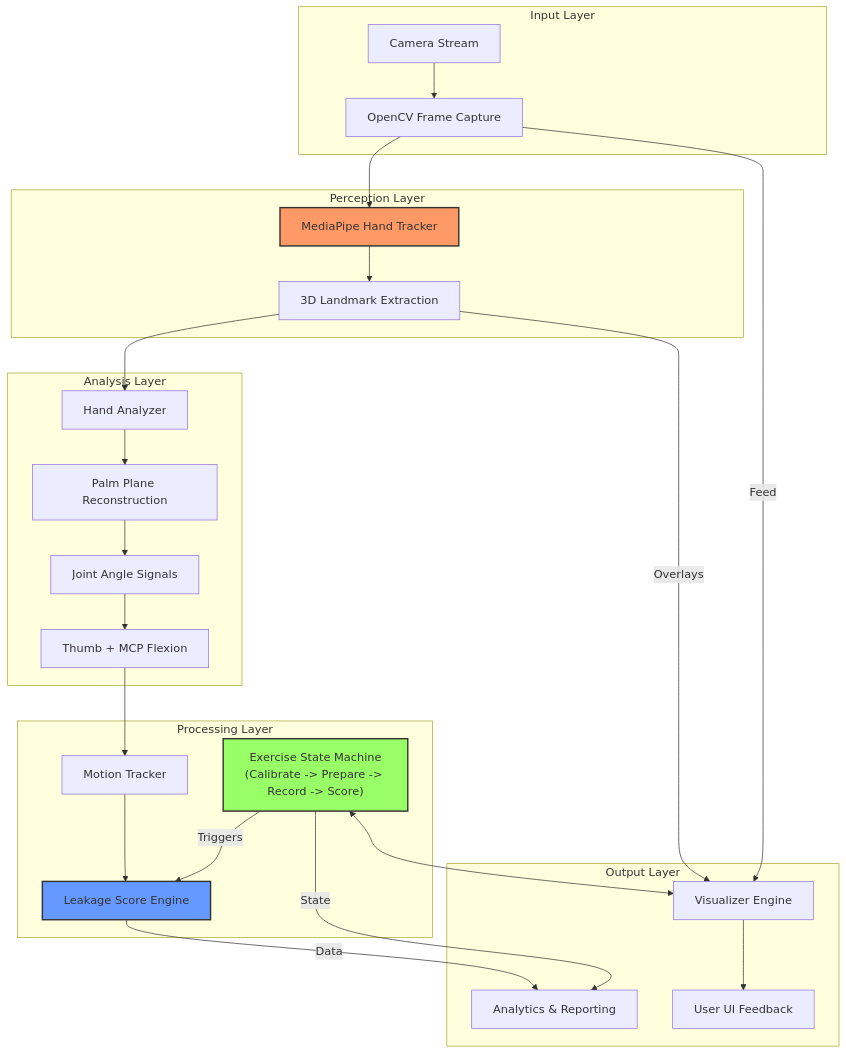
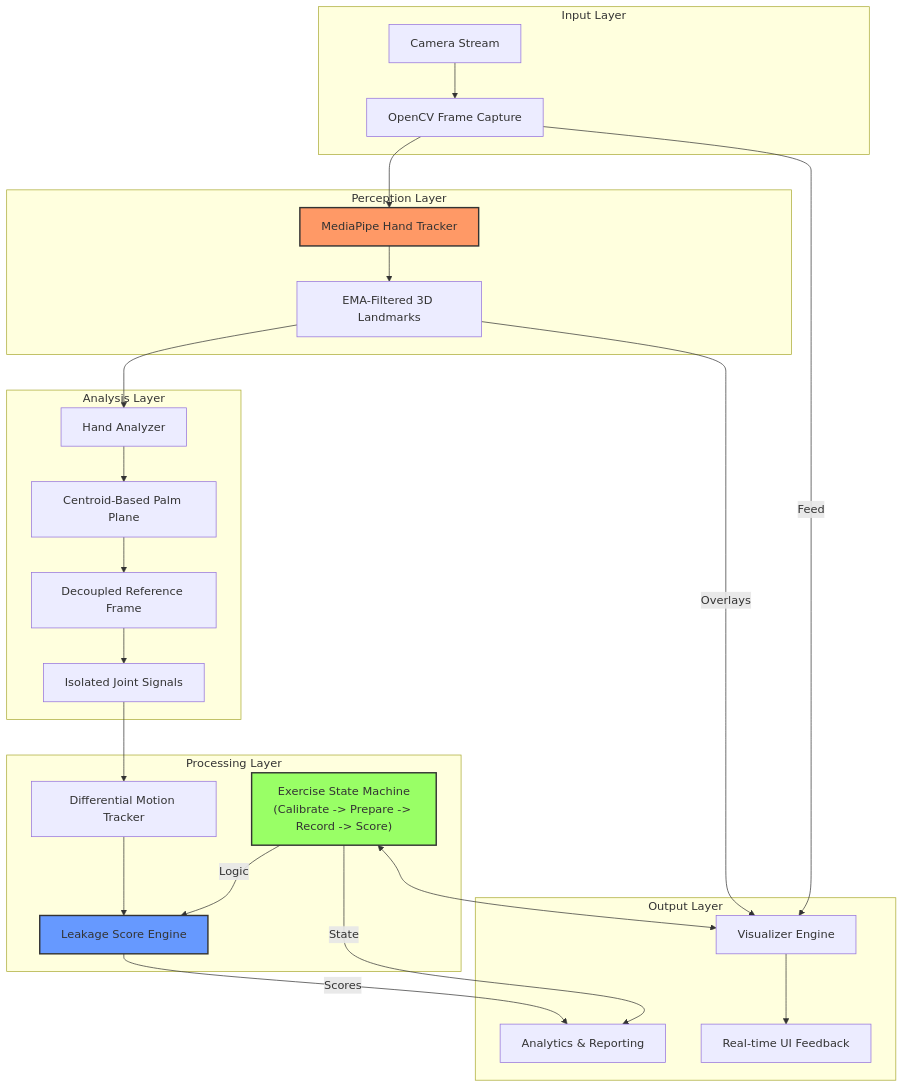
The diagram in README.md (sadhumitha-s/finger-independence), drawn with Mermaid before and after one commit. The commit also changed other lines of this file, not shown here.

Commit message:
update readme to reflect the centroid logic and color coded highlights addition

````diff
--- a/README.md
+++ b/README.md
@@ -120,37 +121,37 @@
 ```mermaid
 graph TD
     subgraph "Input Layer"
         A[Camera Stream] --> B[OpenCV Frame Capture]
     end
 
     subgraph "Perception Layer"
         B --> C[MediaPipe Hand Tracker]
-        C --> D[3D Landmark Extraction]
+        C --> D[EMA-Filtered 3D Landmarks]
     end
 
     subgraph "Analysis Layer"
         D --> E[Hand Analyzer]
-        E --> F[Palm Plane Reconstruction]
-        F --> G[Joint Angle Signals]
-        G --> H[Thumb + MCP Flexion]
+        E --> F[Centroid-Based Palm Plane]
+        F --> G[Decoupled Reference Frame]
+        G --> H[Isolated Joint Signals]
     end
 
     subgraph "Processing Layer"
-        H --> I[Motion Tracker]
+        H --> I[Differential Motion Tracker]
         I --> J[Leakage Score Engine]
-        K["Exercise State Machine<br/>(Calibrate -> Prepare -> Record -> Score)"] -- Triggers --> J
+        K["Exercise State Machine<br/>(Calibrate -> Prepare -> Record -> Score)"] -- Logic --> J
     end
 
     subgraph "Output Layer"
-        J -- Data --> N[Analytics & Reporting]
+        J -- Scores --> N[Analytics & Reporting]
         K -- State --> N
         K <--> M[Visualizer Engine]
         D -- Overlays --> M
         B -- Feed --> M
-        M --> O[User UI Feedback]
+        M --> O[Real-time UI Feedback]
     end
 
     style C fill:#f96,stroke:#333,stroke-width:2px
     style J fill:#69f,stroke:#333,stroke-width:2px
     style K fill:#9f6,stroke:#333,stroke-width:2px
 ```
````
